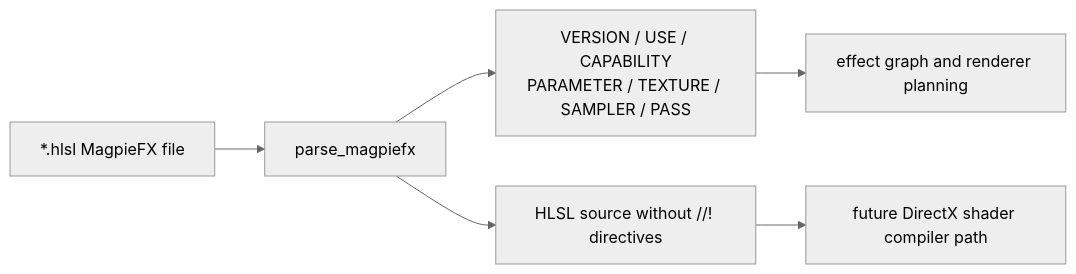
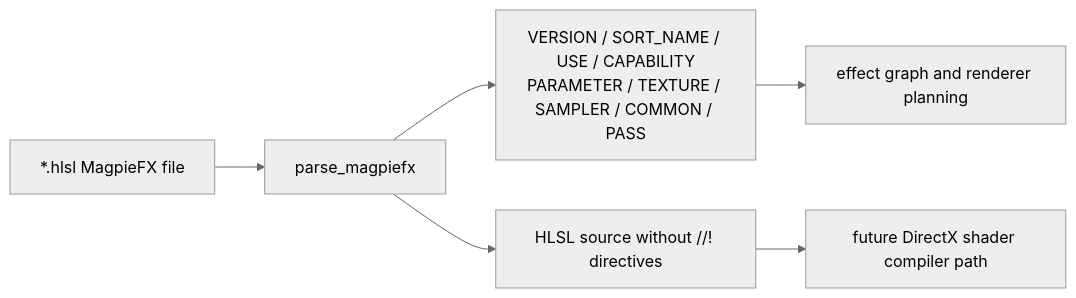
The third of 3 diagrams in docs/upscale-integration-plan.md (Sanzentyo/borderless-rs), drawn with Mermaid (neutral theme) before and after one commit. The commit also changed other lines of this file and 4 other files, not shown here.

Commit message:
magpie: convert MagpieFX into effect graph

````diff
--- a/docs/upscale-integration-plan.md
+++ b/docs/upscale-integration-plan.md
@@ -117,8 +117,8 @@
 ```mermaid
 flowchart LR
     File["*.hlsl MagpieFX file"] --> Parser["parse_magpiefx"]
-    Parser --> Metadata["VERSION / USE / CAPABILITY\nPARAMETER / TEXTURE / SAMPLER / PASS"]
+    Parser --> Metadata["VERSION / SORT_NAME / USE / CAPABILITY\nPARAMETER / TEXTURE / SAMPLER / COMMON / PASS"]
     Parser --> Shader["HLSL source without //! directives"]
     Metadata --> Graph["effect graph and renderer planning"]
     Shader --> Compiler["future DirectX shader compiler path"]
 ```
````
